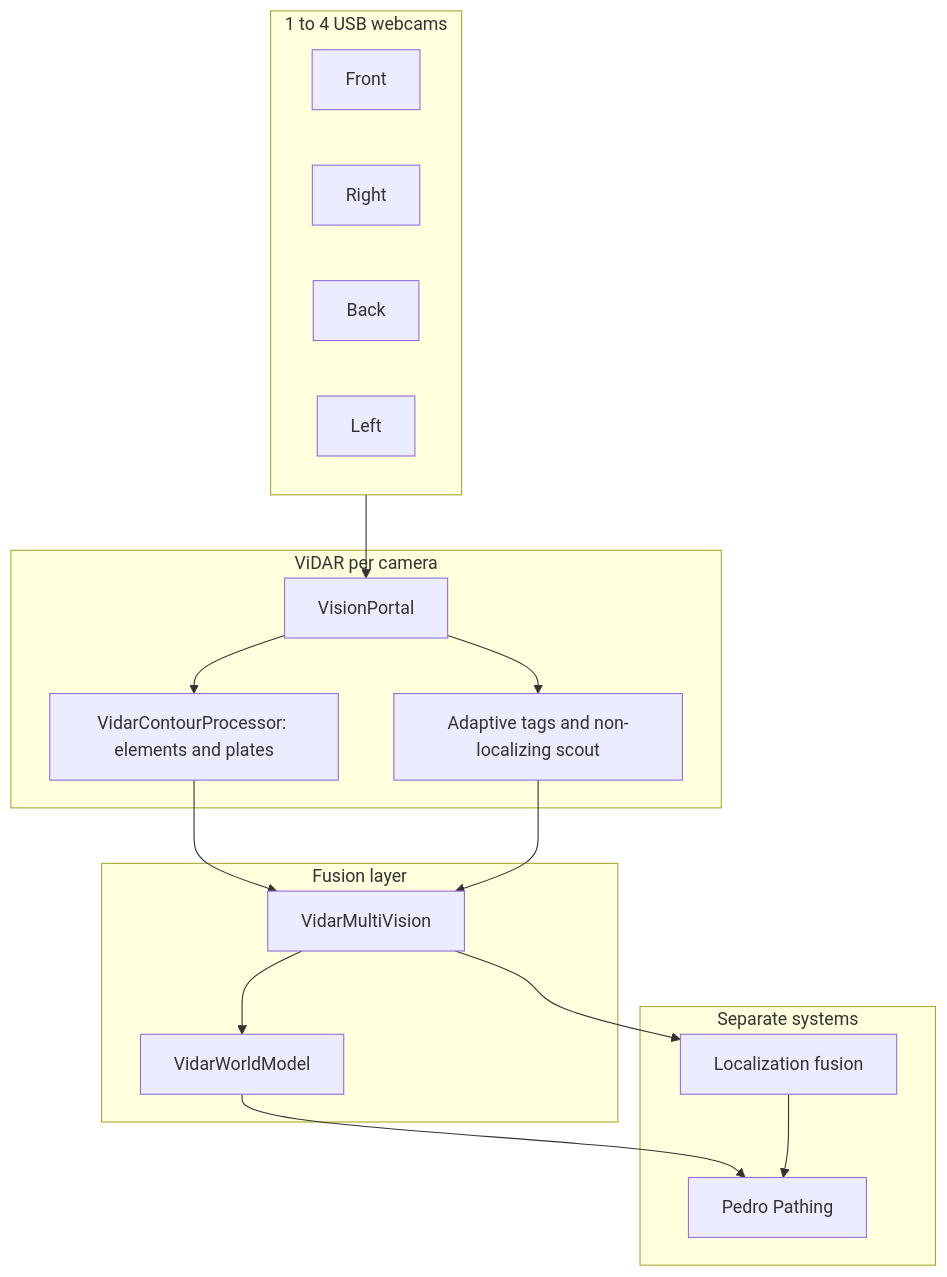
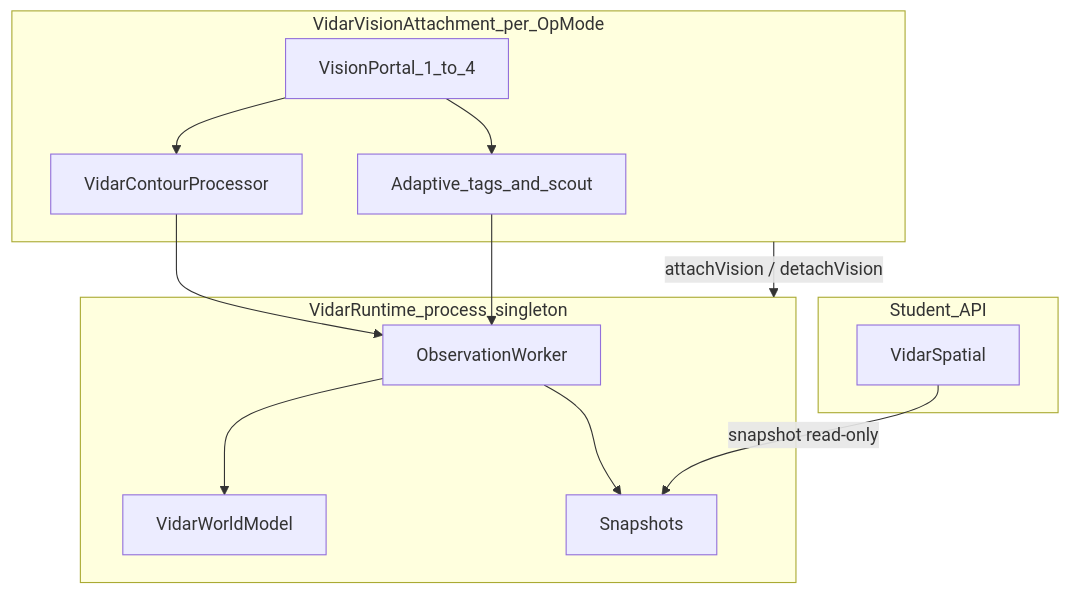
One commit to The-Allsparks/ViDAR changed the diagram in docs/ROADMAP.md. Above: the diagram before and after it, drawn with Mermaid. The commit also changed other lines of this file and 38 other files, not shown here.

First line of the commit message:
Replace VidarMultiVision/VidarSession with VidarRuntime and background observation worker.

````diff
--- a/docs/ROADMAP.md
+++ b/docs/ROADMAP.md
@@ -7,35 +7,27 @@
 ```mermaid
 flowchart TB
-  subgraph cameras [1 to 4 USB webcams]
-    C1[Front]
-    C2[Right]
-    C3[Back]
-    C4[Left]
+  subgraph process [VidarRuntime_process_singleton]
+    OW[ObservationWorker]
+    WM[VidarWorldModel]
+    SNAP[Snapshots]
   end
 
-  subgraph vidar [ViDAR per camera]
-    VP[VisionPortal]
-    CP["VidarContourProcessor: elements and plates"]
-    Tags["Adaptive tags and non-localizing scout"]
+  subgraph attach [VidarVisionAttachment_per_OpMode]
+    VP[VisionPortal_1_to_4]
+    CP[VidarContourProcessor]
+    Tags[Adaptive_tags_and_scout]
   end
 
-  subgraph fuse [Fusion layer]
-    MV[VidarMultiVision]
-    WM[VidarWorldModel]
+  subgraph student [Student_API]
+    SP[VidarSpatial]
   end
 
-  subgraph future [Separate systems]
-    LOC[Localization fusion]
-    PED[Pedro Pathing]
-  end
-
-  cameras --> VP
   VP --> CP
   VP --> Tags
-  CP --> MV
-  Tags --> MV
-  MV --> WM
-  MV --> LOC
-  WM --> PED
-  LOC --> PED
+  CP --> OW
+  Tags --> OW
+  OW --> WM
+  OW --> SNAP
+  SP -->|"snapshot read-only"| SNAP
+  attach -->|"attachVision / detachVision"| process
 ```
````
